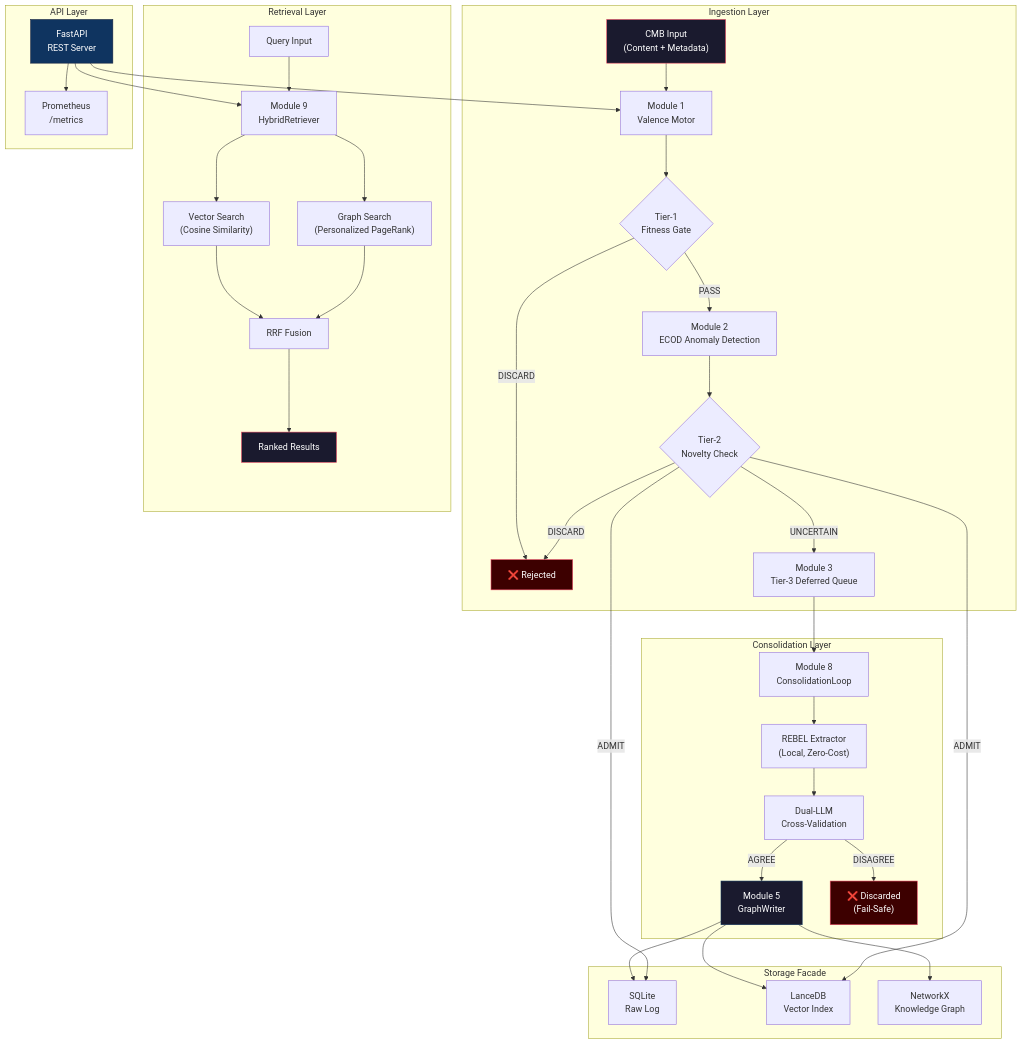
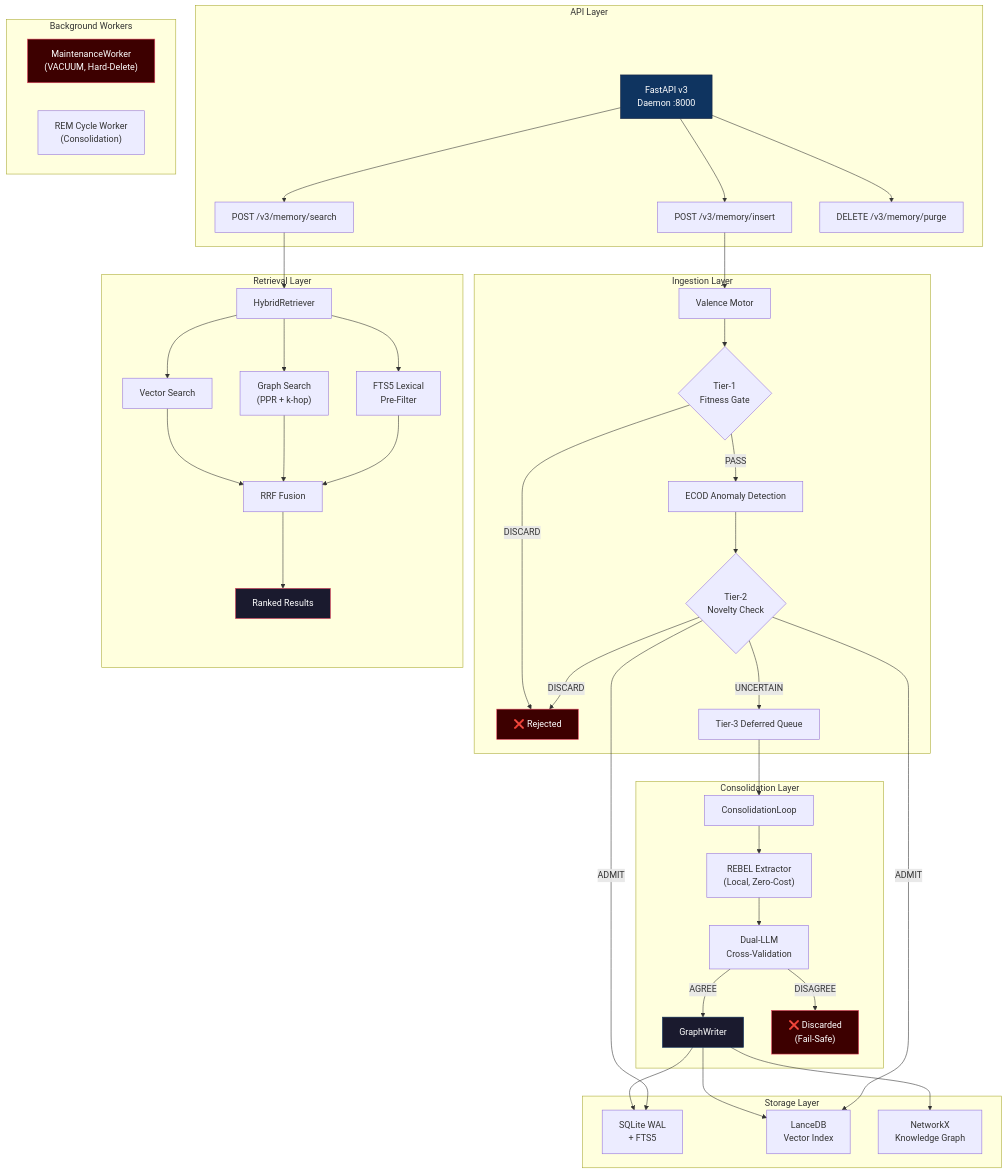
The diagram in README.md (Yasou13/MESA), drawn with Mermaid before and after one commit. The commit also changed other lines of this file and 39 other files, not shown here.

Commit message:
chore(release): bump v0.3.0 - enforce RLS, async storage, headless API

````diff
--- a/README.md
+++ b/README.md
@@ -34,51 +35,58 @@
 ```mermaid
 graph TB
+    subgraph "API Layer"
+        T["FastAPI v3<br/>Daemon :8000"] --> INS["POST /v3/memory/insert"]
+        T --> SCH["POST /v3/memory/search"]
+        T --> PRG["DELETE /v3/memory/purge"]
+    end
+
     subgraph "Ingestion Layer"
-        A["CMB Input<br/>(Content + Metadata)"] --> B["Module 1<br/>Valence Motor"]
+        INS --> B["Valence Motor"]
         B --> C{"Tier-1<br/>Fitness Gate"}
         C -->|DISCARD| X1["❌ Rejected"]
-        C -->|PASS| D["Module 2<br/>ECOD Anomaly Detection"]
+        C -->|PASS| D["ECOD Anomaly Detection"]
         D --> E{"Tier-2<br/>Novelty Check"}
         E -->|DISCARD| X1
-        E -->|UNCERTAIN| F["Module 3<br/>Tier-3 Deferred Queue"]
+        E -->|UNCERTAIN| F["Tier-3 Deferred Queue"]
     end
 
     subgraph "Consolidation Layer"
-        F --> G["Module 8<br/>ConsolidationLoop"]
+        F --> G["ConsolidationLoop"]
         G --> H["REBEL Extractor<br/>(Local, Zero-Cost)"]
         H --> I["Dual-LLM<br/>Cross-Validation"]
-        I -->|AGREE| J["Module 5<br/>GraphWriter"]
+        I -->|AGREE| J["GraphWriter"]
         I -->|DISAGREE| X2["❌ Discarded<br/>(Fail-Safe)"]
     end
 
-    subgraph "Storage Facade"
-        J --> K["SQLite<br/>Raw Log"]
+    subgraph "Storage Layer"
+        J --> K["SQLite WAL<br/>+ FTS5"]
         J --> L["LanceDB<br/>Vector Index"]
         J --> M["NetworkX<br/>Knowledge Graph"]
     end
 
     subgraph "Retrieval Layer"
-        N["Query Input"] --> O["Module 9<br/>HybridRetriever"]
-        O --> P["Vector Search<br/>(Cosine Similarity)"]
-        O --> Q["Graph Search<br/>(Personalized PageRank)"]
-        P --> R["RRF Fusion"]
-        Q --> R
-        R --> S["Ranked Results"]
+        SCH --> O["HybridRetriever"]
+        O --> P["Vector Search"]
+        O --> Q["Graph Search<br/>(PPR + k-hop)"]
+        O --> R["FTS5 Lexical<br/>Pre-Filter"]
+        P --> S["RRF Fusion"]
+        Q --> S
+        R --> S
+        S --> RES["Ranked Results"]
     end
 
-    subgraph "API Layer"
-        T["FastAPI<br/>REST Server"] --> B
-        T --> O
-        T --> U["Prometheus<br/>/metrics"]
+    subgraph "Background Workers"
+        MW["MaintenanceWorker<br/>(VACUUM, Hard-Delete)"]
+        REM["REM Cycle Worker<br/>(Consolidation)"]
     end
 
     E -->|ADMIT| K
     E -->|ADMIT| L
 
-    style A fill:#1a1a2e,stroke:#e94560,color:#fff
     style T fill:#0f3460,stroke:#16213e,color:#fff
     style J fill:#1a1a2e,stroke:#0f3460,color:#fff
-    style S fill:#1a1a2e,stroke:#e94560,color:#fff
+    style RES fill:#1a1a2e,stroke:#e94560,color:#fff
     style X1 fill:#3d0000,stroke:#e94560,color:#fff
     style X2 fill:#3d0000,stroke:#e94560,color:#fff
+    style MW fill:#3d0000,stroke:#e94560,color:#fff
 ```
````
